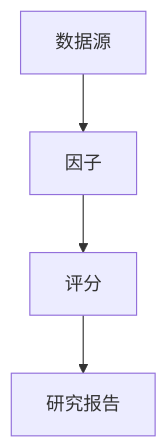
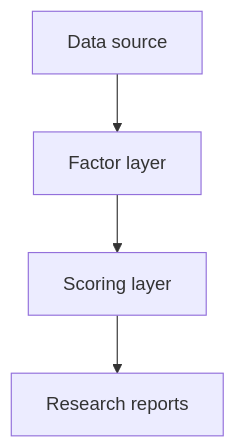
The diagram in docs/data_architecture.md (krdscent-dev/quant-v7), drawn with Mermaid before and after one commit. The commit also changed other lines of this file and 3 other files, not shown here.

````diff
--- a/docs/data_architecture.md
+++ b/docs/data_architecture.md
@@ -7,6 +7,6 @@
 ```mermaid
 flowchart TD
-  A["数据源"] --> B["因子"]
-  B --> C["评分"]
-  C --> D["研究报告"]
+  A["Data source"] --> B["Factor layer"]
+  B --> C["Scoring layer"]
+  C --> D["Research reports"]
 ```
````
